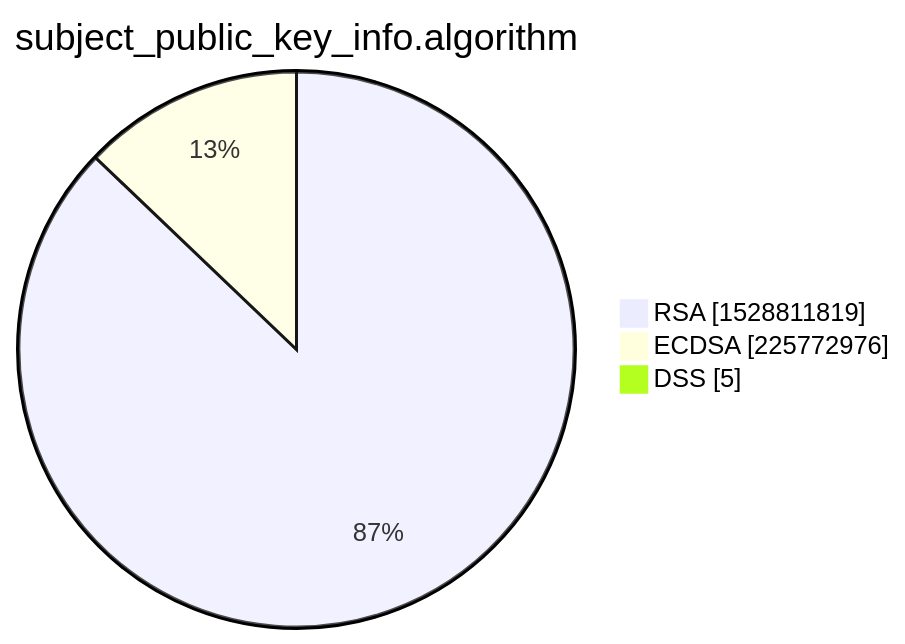
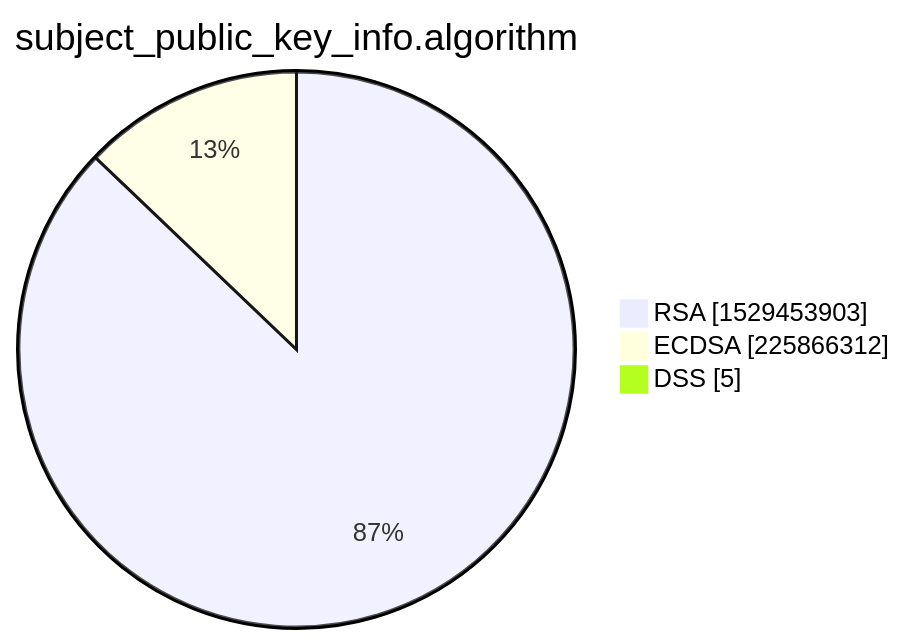
The third of 15 diagrams in xenon2022/README.md (christiankrug/ctmonitor_visualization), drawn with Mermaid before and after one commit. The commit also changed other lines of this file, not shown here.

````diff
--- a/xenon2022/README.md
+++ b/xenon2022/README.md
@@ -14,7 +14,7 @@
 ```mermaid
 pie showData
 title subject_public_key_info.algorithm
-"RSA" :1528811819
-"ECDSA" :225772976
+"RSA" :1529453903
+"ECDSA" :225866312
 "DSS" :5
 ```
````
